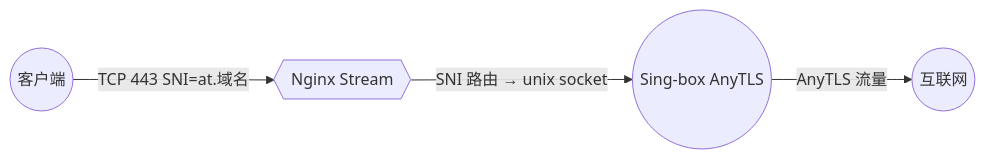
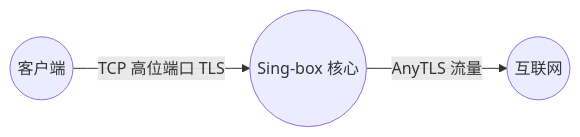
One commit to currycan/key changed the fourth of 14 diagrams in docker/sb-xray/docs/02-protocols-and-security.md. Above: the diagram before and after it, drawn with Mermaid. The commit also changed other lines of this file and 9 other files, not shown here.

First line of the commit message:
revert: AnyTLS 回退至随机高位端口直连模式

````diff
--- a/docker/sb-xray/docs/02-protocols-and-security.md
+++ b/docker/sb-xray/docs/02-protocols-and-security.md
@@ -237,6 +236,5 @@
 ```mermaid
 graph LR
-    User((客户端)) -- "TCP 443 SNI=at.域名" --> Nginx{{"Nginx Stream"}}
-    Nginx -- "SNI 路由 → unix socket" --> Singbox(("Sing-box AnyTLS"))
+    User((客户端)) -- "TCP 高位端口 TLS" --> Singbox(("Sing-box 核心"))
     Singbox -- "AnyTLS 流量" --> Internet((互联网))
 ```
````
